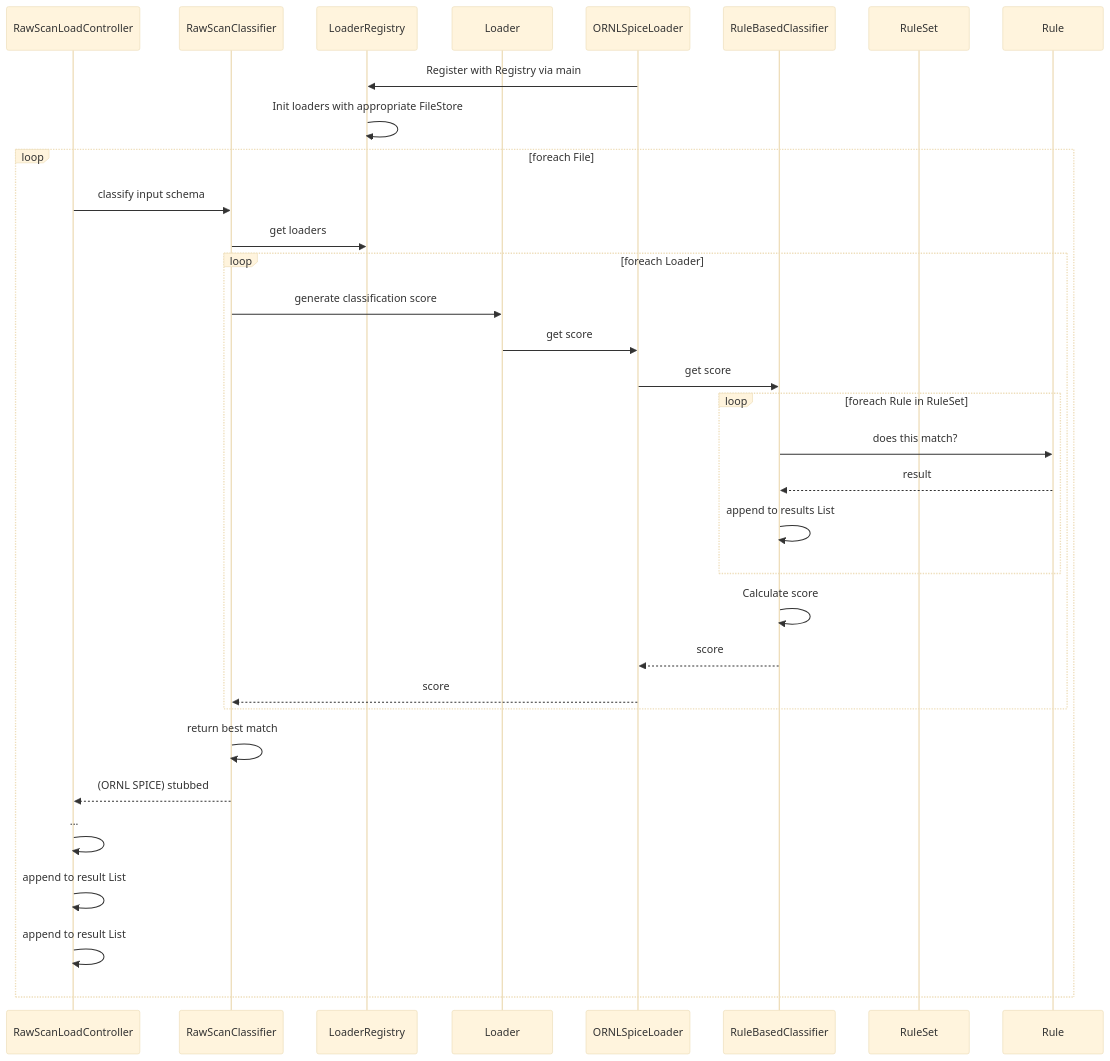
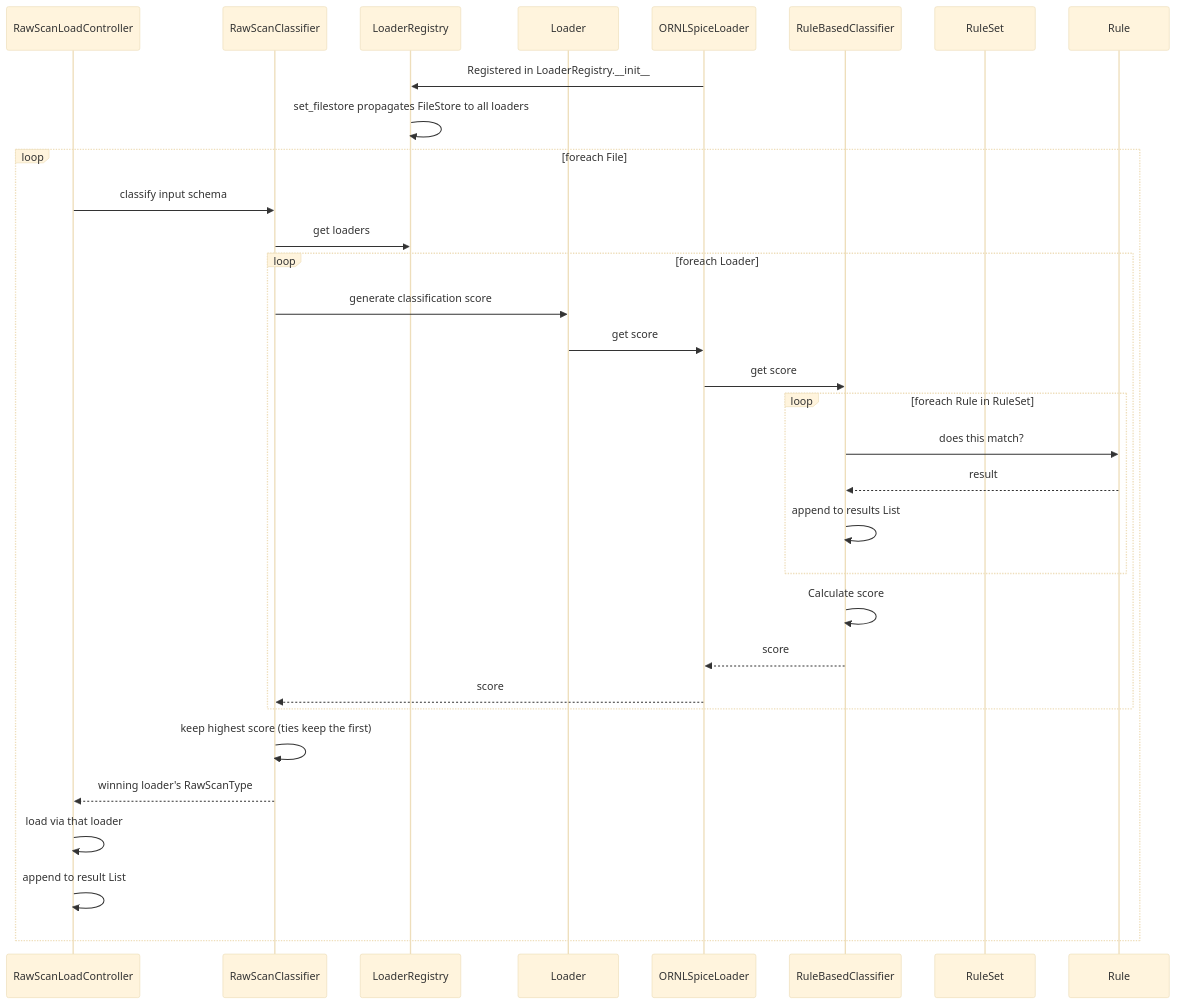
Before and after one commit to neutrons/TAVI: the second of 3 diagrams in docs/source/design/load/raw_scan_sequence_diagrams.rst, drawn with Mermaid (base theme). The commit also changed other lines of this file and 29 other files, not shown here.

```diff
--- a/docs/source/design/load/raw_scan_sequence_diagrams.rst
+++ b/docs/source/design/load/raw_scan_sequence_diagrams.rst
@@ -56,35 +59,34 @@
 .. mermaid::
 
     sequenceDiagram
         participant RawScanLoadController
         participant RawScanClassifier
         participant LoaderRegistry
         participant Loader
         participant ORNLSpiceLoader
         participant RuleBasedClassifier
         participant RuleSet
         participant Rule
-        ORNLSpiceLoader ->> LoaderRegistry: Register with Registry via main
-        LoaderRegistry ->> LoaderRegistry: Init loaders with appropriate FileStore
+        ORNLSpiceLoader ->> LoaderRegistry: Registered in LoaderRegistry.__init__
+        LoaderRegistry ->> LoaderRegistry: set_filestore propagates FileStore to all loaders
         loop foreach File
             RawScanLoadController ->> RawScanClassifier: classify input schema
             RawScanClassifier ->> LoaderRegistry : get loaders
             loop foreach Loader
             RawScanClassifier ->> Loader: generate classification score
             Loader ->> ORNLSpiceLoader: get score
             ORNLSpiceLoader ->> RuleBasedClassifier : get score
                 loop foreach Rule in RuleSet
                     RuleBasedClassifier ->> Rule: does this match?
                     Rule -->> RuleBasedClassifier: result
                     RuleBasedClassifier ->> RuleBasedClassifier: append to results List
                 end
                 RuleBasedClassifier ->> RuleBasedClassifier: Calculate score
                 RuleBasedClassifier -->> ORNLSpiceLoader: score
                 ORNLSpiceLoader -->> RawScanClassifier: score
             end
-            RawScanClassifier ->> RawScanClassifier:return best match
-            RawScanClassifier -->> RawScanLoadController: (ORNL SPICE) stubbed
-            RawScanLoadController ->>RawScanLoadController: ...
+            RawScanClassifier ->> RawScanClassifier: keep highest score (ties keep the first)
+            RawScanClassifier -->> RawScanLoadController: winning loader's RawScanType
+            RawScanLoadController ->>RawScanLoadController: load via that loader
             RawScanLoadController ->>RawScanLoadController: append to result List
-        RawScanLoadController ->>RawScanLoadController: append to result List
         end
```
